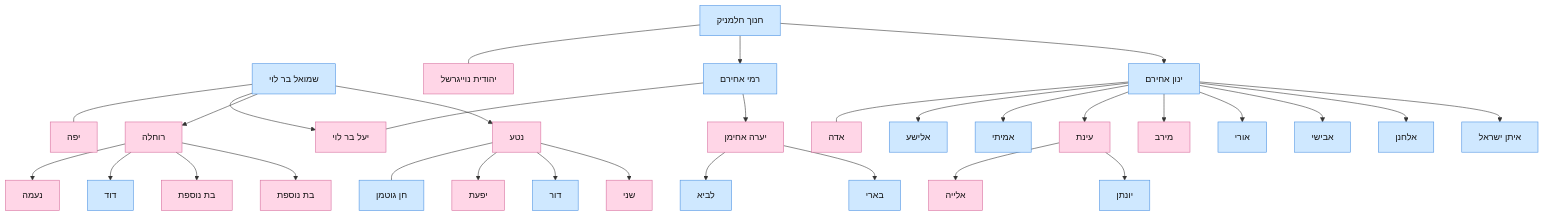
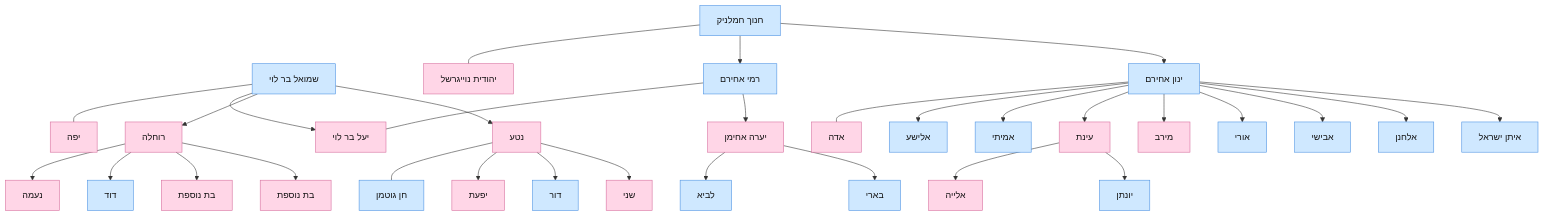
The diagram in mermaid/yaara-achiman.mmd (danielschwartz85/ancestree), drawn with Mermaid before and after one commit. The commit also changed 5 other files, not shown here.

```diff
--- a/mermaid/yaara-achiman.mmd
+++ b/mermaid/yaara-achiman.mmd
@@ -1,47 +1,47 @@
 flowchart TB
     SB["שמואל בר לוי"] --- YF["יפה"]
 
     SB --> YAEL["יעל בר לוי"]
     SB --> RU["רוחלה"]
     SB --> NET["נטע"]
 
     NET --- HG["חן גוטמן"]
     NET --> YIF["יפעת"]
     NET --> DOR["דור"]
     NET --> SHN["שני"]
 
     RU --> NA["נעמה"]
     RU --> DAV["דוד"]
     RU --> R1["בת נוספת"]
     RU --> R2["בת נוספת"]
 
-    HN["חנוך חלמניק"] --- YEH["יהודית נוייגרשל"]
+    HN["חנוך חמלניק"] --- YEH["יהודית נוייגרשל"]
 
     HN --> RAMI["רמי אחירם"]
     HN --> YIN["ינון אחירם"]
 
     RAMI --- YAEL
     RAMI --> YAARA["יערה אחימן"]
 
     YIN --- ADA["אדה"]
 
     YIN --> ELI["אלישע"]
     YIN --> AMI["אמיתי"]
     YIN --> EIN["עינת"]
     YIN --> MER["מירב"]
     YIN --> URI["אורי"]
     YIN --> AVI["אבישי"]
     YIN --> ELH["אלחנן"]
     YIN --> EIT["איתן ישראל"]
 
     EIN --> ELY["אלייה"]
     EIN --> YON["יונתן"]
 
     YAARA --> LAV["לביא"]
     YAARA --> BER["בארי"]
 
     classDef male fill:#cfe8ff,stroke:#4a90e2,color:#111;
     classDef female fill:#ffd6e7,stroke:#d66b9c,color:#111;
 
     class SB,HG,HN,RAMI,YIN,ELI,AMI,URI,AVI,ELH,EIT,YON,LAV,BER,DOR,DAV male;
     class YF,YAEL,RU,NET,YIF,SHN,NA,YEH,YAARA,ADA,EIN,MER,ELY,R1,R2 female;
```
